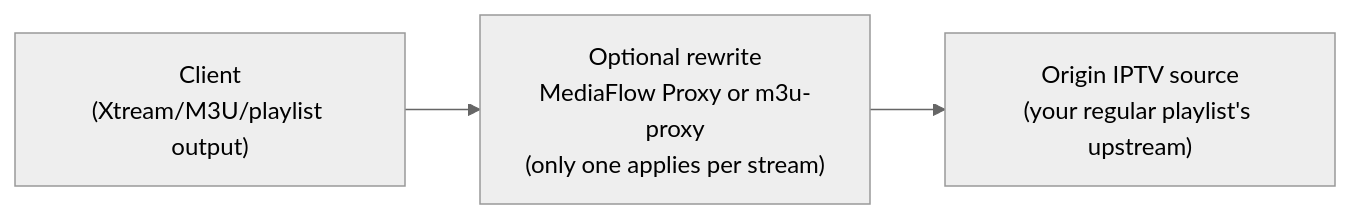
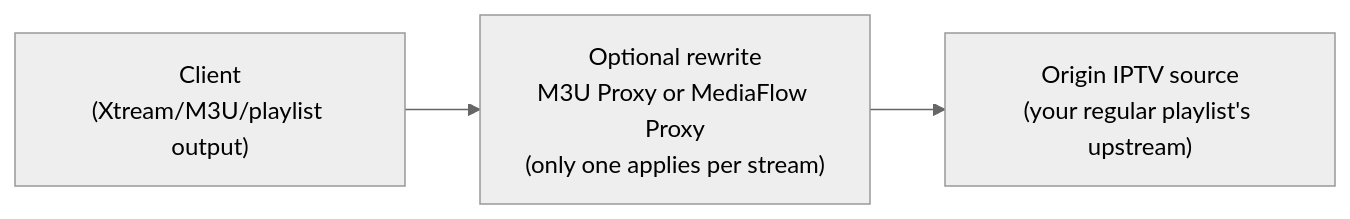
One commit to m3ue/m3u-editor-docs-v2 changed the third of 4 diagrams in docs/integrations/overview.md. Above: the diagram before and after it, drawn with Mermaid (neutral theme). The commit also changed other lines of this file and 2 other files, not shown here.

Commit message:
chore: Updating proxy docs

````diff
--- a/docs/integrations/overview.md
+++ b/docs/integrations/overview.md
@@ -43,5 +51,5 @@
 ```mermaid
 flowchart LR
-    Client["Client<br/>(Xtream/M3U/playlist output)"] --> Rewrite["Optional rewrite<br/>MediaFlow Proxy or m3u-proxy<br/>(only one applies per stream)"]
+    Client["Client<br/>(Xtream/M3U/playlist output)"] --> Rewrite["Optional rewrite<br/>M3U Proxy or MediaFlow Proxy<br/>(only one applies per stream)"]
     Rewrite --> Origin["Origin IPTV source<br/>(your regular playlist's upstream)"]
 ```
````
